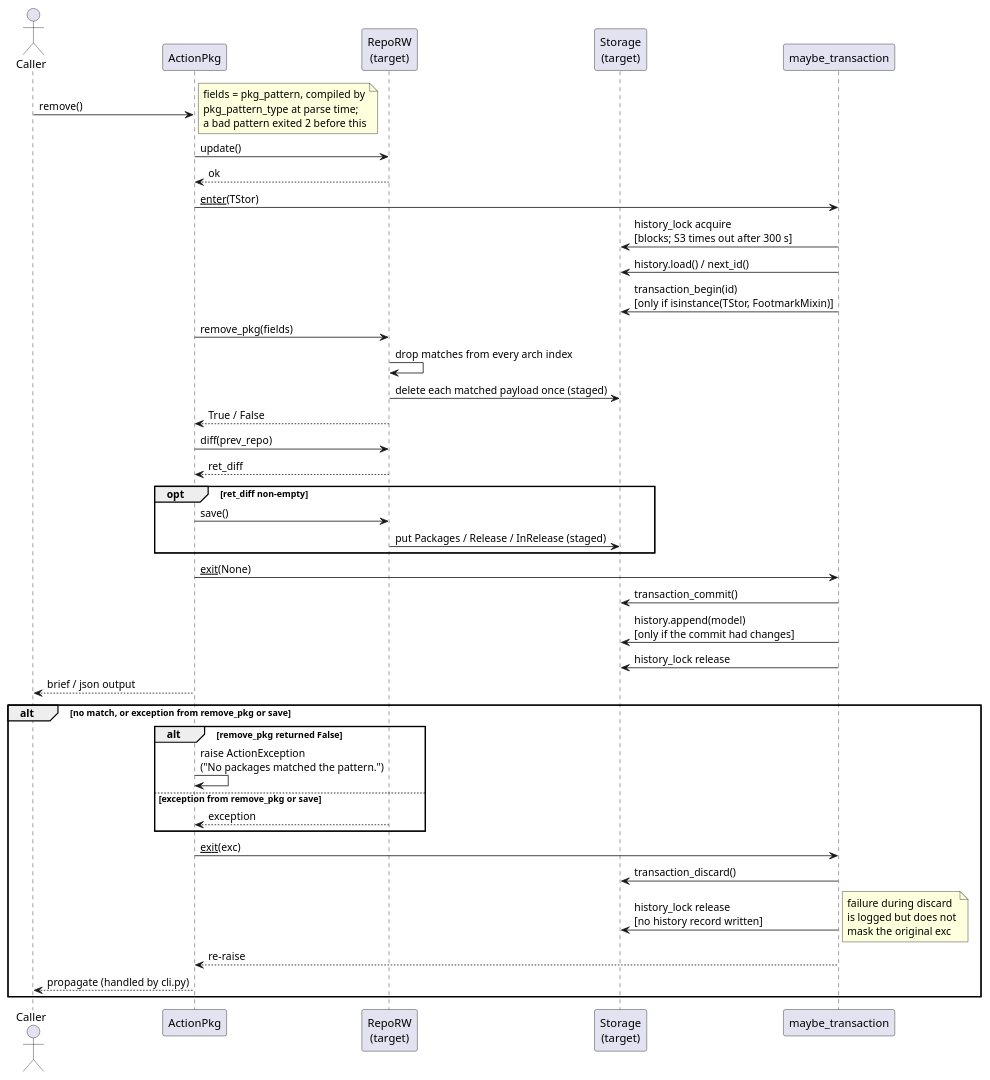
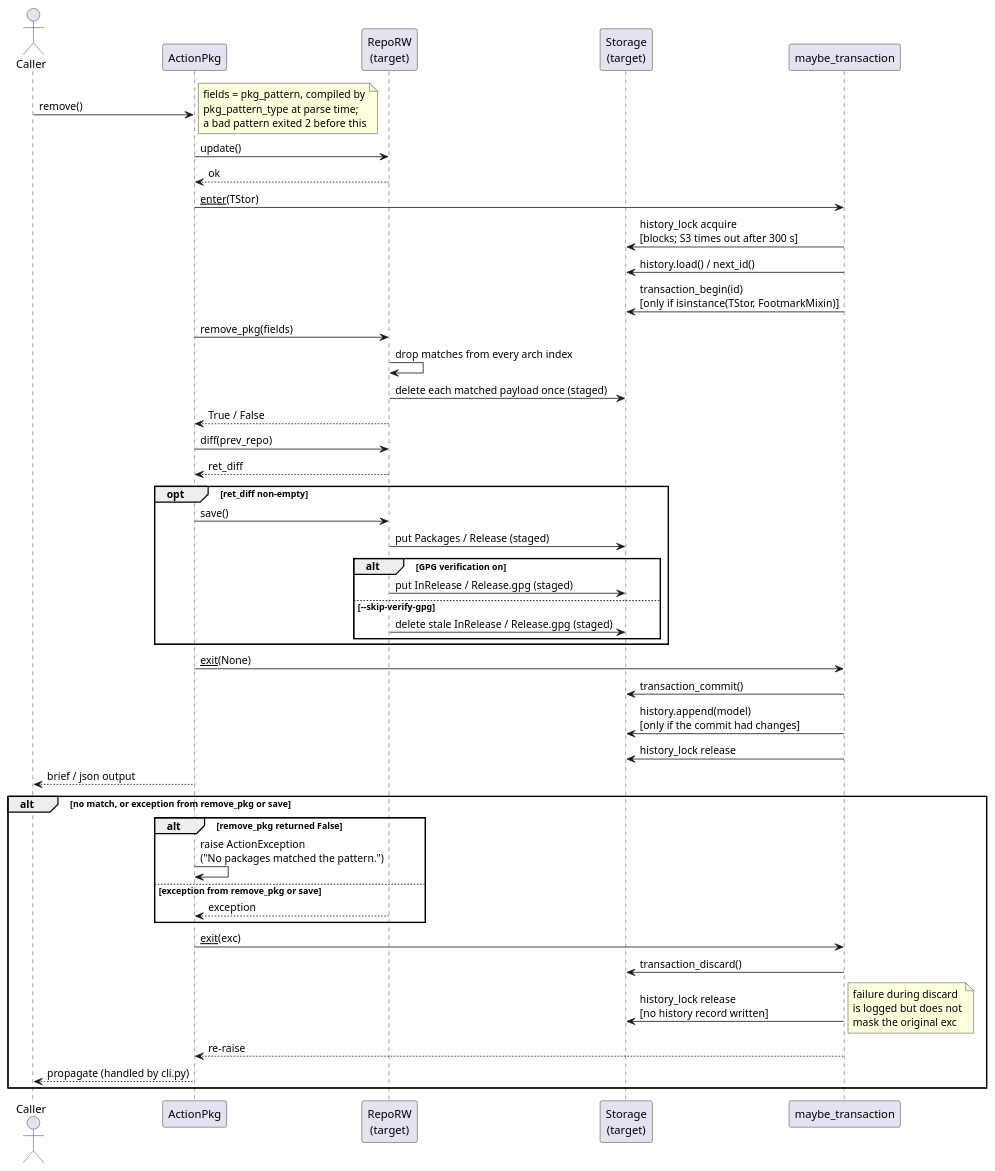
One commit to vinklat/debkit changed the diagram in docs/development/diagrams/action-pkg-remove-sequence.puml. Above: the diagram before and after it, drawn with PlantUML. The commit also changed 15 other files, not shown here.

First line of the commit message:
Fix doc-review findings in guides, contracts, and diagrams

```diff
--- a/docs/development/diagrams/action-pkg-remove-sequence.puml
+++ b/docs/development/diagrams/action-pkg-remove-sequence.puml
@@ -1,54 +1,59 @@
 @startuml
 actor Caller
 participant ActionPkg
 participant "RepoRW\n(target)" as Tgt
 participant "Storage\n(target)" as TStor
 participant "maybe_transaction" as CM
 
 Caller -> ActionPkg: remove()
 note right
   fields = pkg_pattern, compiled by
   pkg_pattern_type at parse time;
   a bad pattern exited 2 before this
 end note
 
 ActionPkg -> Tgt: update()
 Tgt --> ActionPkg: ok
 
 ActionPkg -> CM: __enter__(TStor)
 CM -> TStor: history_lock acquire\n[blocks; S3 times out after 300 s]
 CM -> TStor: history.load() / next_id()
 CM -> TStor: transaction_begin(id)\n[only if isinstance(TStor, FootmarkMixin)]
 
 ActionPkg -> Tgt: remove_pkg(fields)
 Tgt -> Tgt: drop matches from every arch index
 Tgt -> TStor: delete each matched payload once (staged)
 Tgt --> ActionPkg: True / False
 ActionPkg -> Tgt: diff(prev_repo)
 Tgt --> ActionPkg: ret_diff
 opt ret_diff non-empty
   ActionPkg -> Tgt: save()
-  Tgt -> TStor: put Packages / Release / InRelease (staged)
+  Tgt -> TStor: put Packages / Release (staged)
+  alt GPG verification on
+    Tgt -> TStor: put InRelease / Release.gpg (staged)
+  else --skip-verify-gpg
+    Tgt -> TStor: delete stale InRelease / Release.gpg (staged)
+  end
 end
 
 ActionPkg -> CM: __exit__(None)
 CM -> TStor: transaction_commit()
 CM -> TStor: history.append(model)\n[only if the commit had changes]
 CM -> TStor: history_lock release
 
 ActionPkg --> Caller: brief / json output
 
 alt no match, or exception from remove_pkg or save
   alt remove_pkg returned False
     ActionPkg -> ActionPkg: raise ActionException\n("No packages matched the pattern.")
   else exception from remove_pkg or save
     Tgt --> ActionPkg: exception
   end
   ActionPkg -> CM: __exit__(exc)
   CM -> TStor: transaction_discard()
   CM -> TStor: history_lock release\n[no history record written]
   note right: failure during discard\nis logged but does not\nmask the original exc
   CM --> ActionPkg: re-raise
   ActionPkg --> Caller: propagate (handled by cli.py)
 end
 @enduml
```
